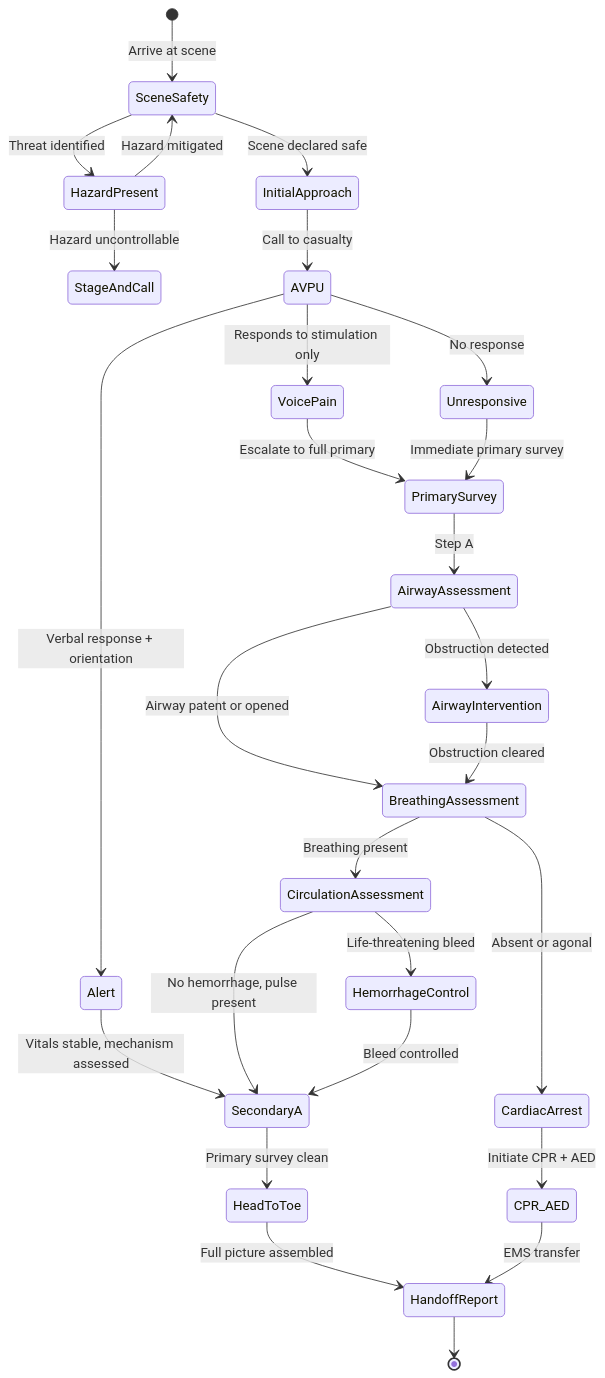
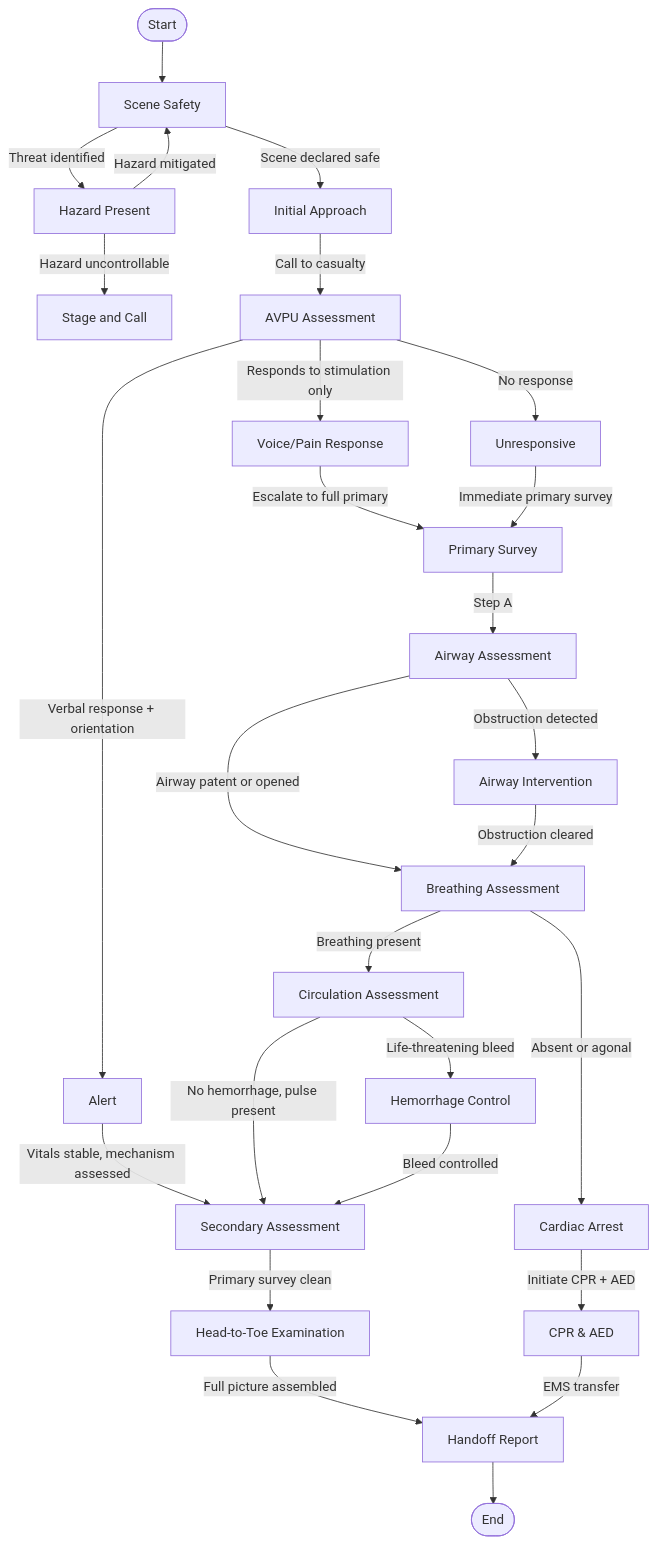
One commit to blebleblee/synapse changed the diagram in topics/health_sciences/lifestyle/first_aid/lesson_01_assessment_triage.md. Above: the diagram before and after it, drawn with Mermaid. The commit also changed 1464 other files, not shown here.

Commit message:
feat(release): curriculum vector mermaid upgrade, render hardening, and master synpack

````diff
--- a/topics/health_sciences/lifestyle/first_aid/lesson_01_assessment_triage.md
+++ b/topics/health_sciences/lifestyle/first_aid/lesson_01_assessment_triage.md
@@ -45,45 +45,44 @@
 ```mermaid
-stateDiagram-v2
-    direction TB
-
-    [*] --> SceneSafety : Arrive at scene
-
-    SceneSafety --> HazardPresent : Threat identified
-    SceneSafety --> InitialApproach : Scene declared safe
-
-    HazardPresent --> SceneSafety : Hazard mitigated
-    HazardPresent --> StageAndCall : Hazard uncontrollable
-
-    InitialApproach --> AVPU : Call to casualty
-
-    AVPU --> Alert : Verbal response + orientation
-    AVPU --> VoicePain : Responds to stimulation only
-    AVPU --> Unresponsive : No response
-
-    Alert --> SecondaryA : Vitals stable, mechanism assessed
-    VoicePain --> PrimarySurvey : Escalate to full primary
-    Unresponsive --> PrimarySurvey : Immediate primary survey
-
-    PrimarySurvey --> AirwayAssessment : Step A
-    AirwayAssessment --> BreathingAssessment : Airway patent or opened
-    AirwayAssessment --> AirwayIntervention : Obstruction detected
-
-    AirwayIntervention --> BreathingAssessment : Obstruction cleared
-
-    BreathingAssessment --> CirculationAssessment : Breathing present
-    BreathingAssessment --> CardiacArrest : Absent or agonal
-
-    CirculationAssessment --> SecondaryA : No hemorrhage, pulse present
-    CirculationAssessment --> HemorrhageControl : Life-threatening bleed
-
-    HemorrhageControl --> SecondaryA : Bleed controlled
-
-    CardiacArrest --> CPR_AED : Initiate CPR + AED
-
-    SecondaryA --> HeadToToe : Primary survey clean
-    HeadToToe --> HandoffReport : Full picture assembled
-
-    CPR_AED --> HandoffReport : EMS transfer
-
-    HandoffReport --> [*]
+flowchart TD
+    Start([Start]) --> SceneSafety["Scene Safety"]
+    
+    SceneSafety -->|"Threat identified"| HazardPresent["Hazard Present"]
+    SceneSafety -->|"Scene declared safe"| InitialApproach["Initial Approach"]
+    
+    HazardPresent -->|"Hazard mitigated"| SceneSafety
+    HazardPresent -->|"Hazard uncontrollable"| StageAndCall["Stage and Call"]
+    
+    InitialApproach -->|"Call to casualty"| AVPU["AVPU Assessment"]
+    
+    AVPU -->|"Verbal response + orientation"| Alert["Alert"]
+    AVPU -->|"Responds to stimulation only"| VoicePain["Voice/Pain Response"]
+    AVPU -->|"No response"| Unresponsive["Unresponsive"]
+    
+    Alert -->|"Vitals stable, mechanism assessed"| SecondaryA["Secondary Assessment"]
+    VoicePain -->|"Escalate to full primary"| PrimarySurvey["Primary Survey"]
+    Unresponsive -->|"Immediate primary survey"| PrimarySurvey
+    
+    PrimarySurvey -->|"Step A"| AirwayAssessment["Airway Assessment"]
+    
+    AirwayAssessment -->|"Airway patent or opened"| BreathingAssessment["Breathing Assessment"]
+    AirwayAssessment -->|"Obstruction detected"| AirwayIntervention["Airway Intervention"]
+    
+    AirwayIntervention -->|"Obstruction cleared"| BreathingAssessment
+    
+    BreathingAssessment -->|"Breathing present"| CirculationAssessment["Circulation Assessment"]
+    BreathingAssessment -->|"Absent or agonal"| CardiacArrest["Cardiac Arrest"]
+    
+    CirculationAssessment -->|"No hemorrhage, pulse present"| SecondaryA
+    CirculationAssessment -->|"Life-threatening bleed"| HemorrhageControl["Hemorrhage Control"]
+    
+    HemorrhageControl -->|"Bleed controlled"| SecondaryA
+    
+    CardiacArrest -->|"Initiate CPR + AED"| CPR_AED["CPR & AED"]
+    
+    SecondaryA -->|"Primary survey clean"| HeadToToe["Head-to-Toe Examination"]
+    
+    HeadToToe -->|"Full picture assembled"| HandoffReport["Handoff Report"]
+    CPR_AED -->|"EMS transfer"| HandoffReport
+    
+    HandoffReport --> End([End])
 ```
````
